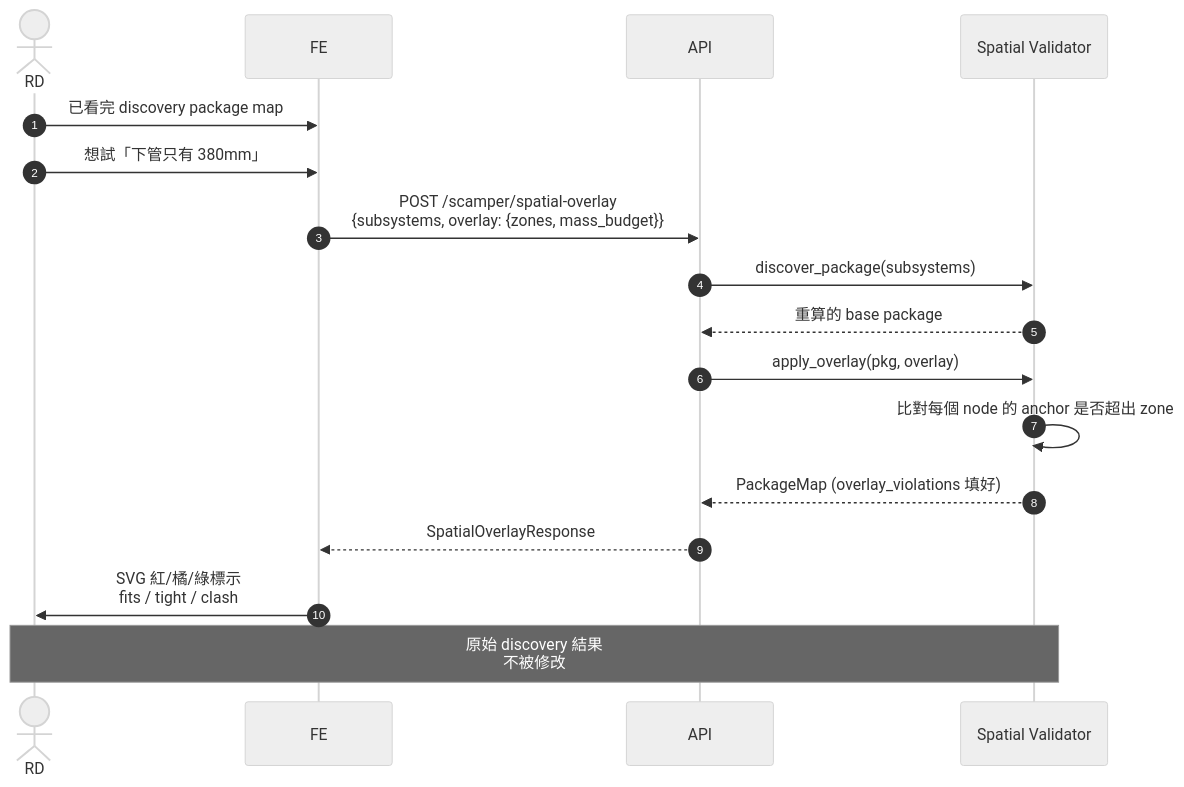
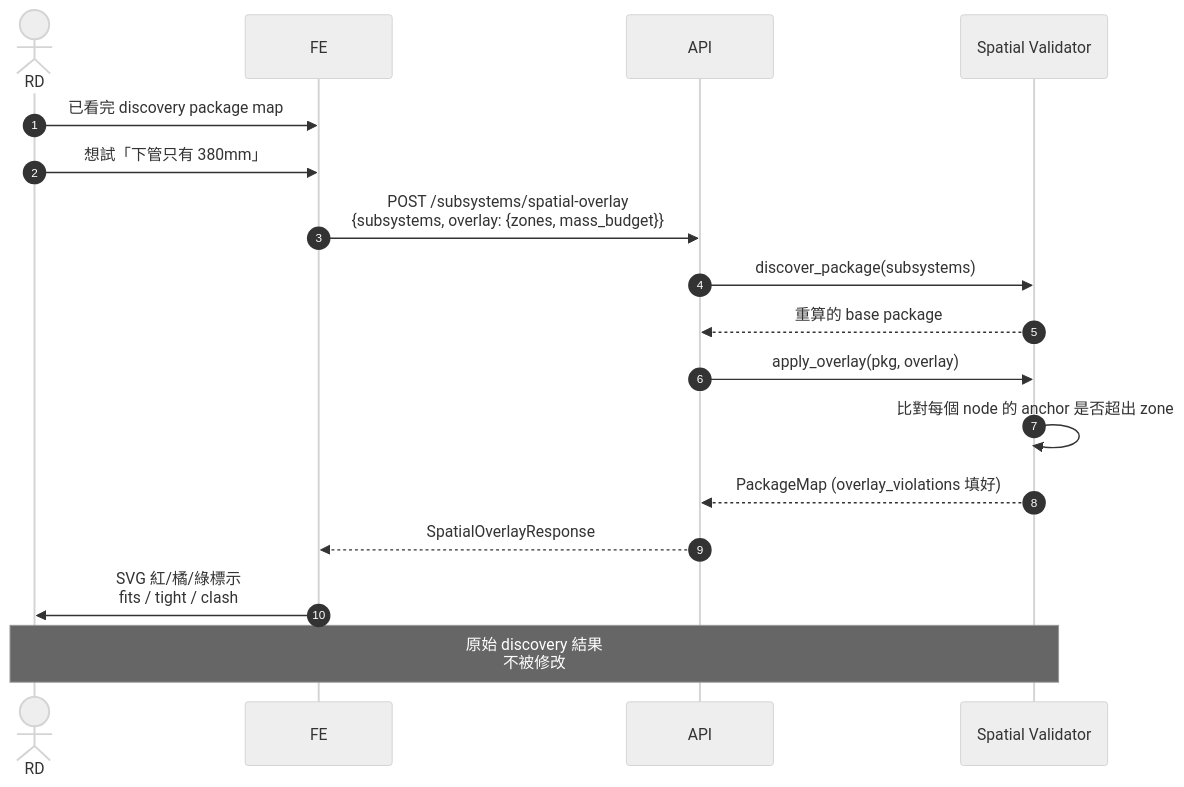
Before and after one commit to Zenobia0000/RD_copilot_system: diagram 15 of 26 in docs/01-define/diagrams/appendix-a--forward-subsystem-discovery.md, drawn with Mermaid. The commit also changed other lines of this file and 77 other files, not shown here.

````diff
--- a/docs/01-define/diagrams/appendix-a--forward-subsystem-discovery.md
+++ b/docs/01-define/diagrams/appendix-a--forward-subsystem-discovery.md
@@ -801,22 +801,22 @@
 ```mermaid
 %%{init: {'theme': 'neutral'}}%%
 sequenceDiagram
     autonumber
     actor RD
     participant FE
     participant API
     participant VAL as Spatial Validator
 
     RD->>FE: 已看完 discovery package map
     RD->>FE: 想試「下管只有 380mm」
-    FE->>API: POST /scamper/spatial-overlay<br/>{subsystems, overlay: {zones, mass_budget}}
+    FE->>API: POST /subsystems/spatial-overlay<br/>{subsystems, overlay: {zones, mass_budget}}
     API->>VAL: discover_package(subsystems)
     VAL-->>API: 重算的 base package
     API->>VAL: apply_overlay(pkg, overlay)
     VAL->>VAL: 比對每個 node 的 anchor 是否超出 zone
     VAL-->>API: PackageMap (overlay_violations 填好)
     API-->>FE: SpatialOverlayResponse
     FE->>RD: SVG 紅/橘/綠標示<br/>fits / tight / clash
 
     Note over RD,VAL: 原始 discovery 結果<br/>不被修改
 ```
````
